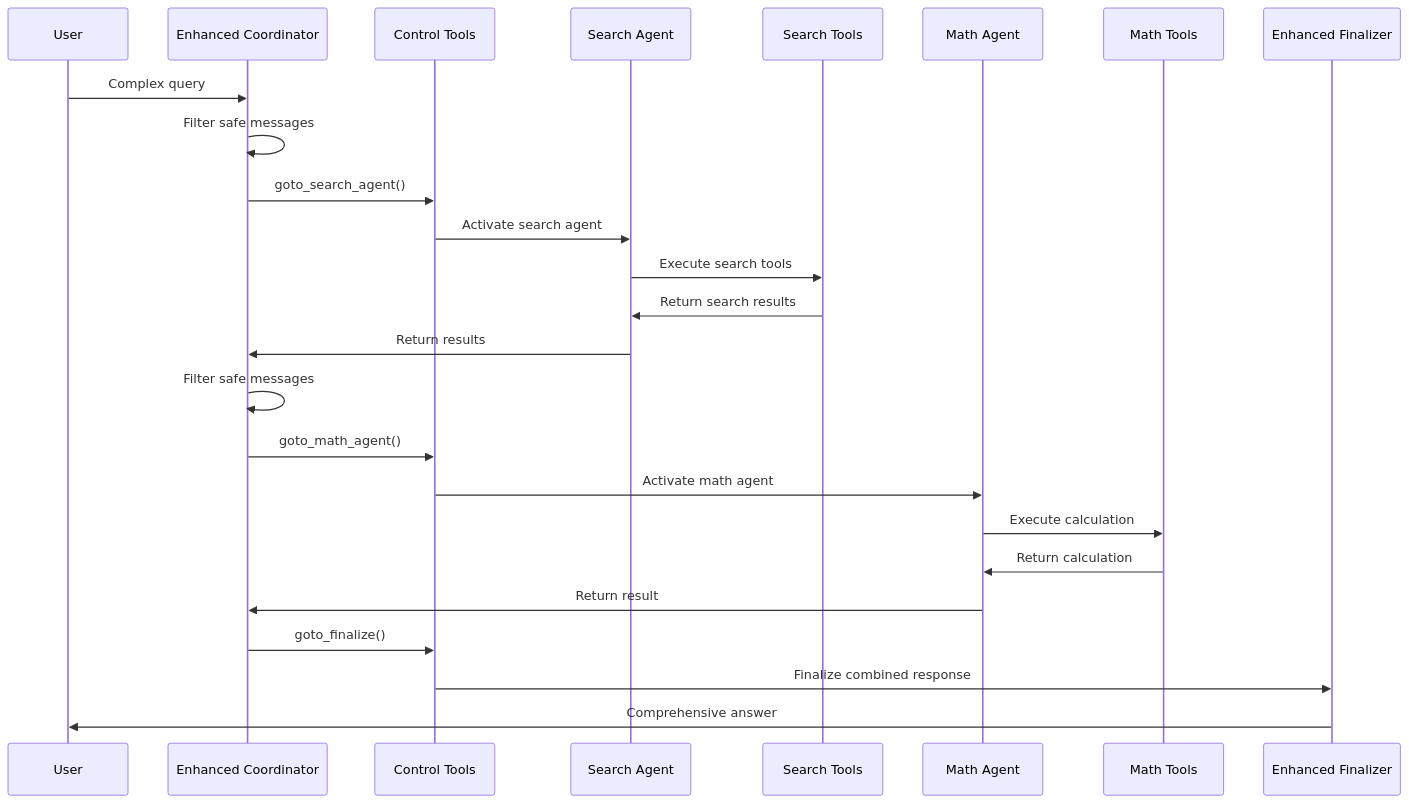
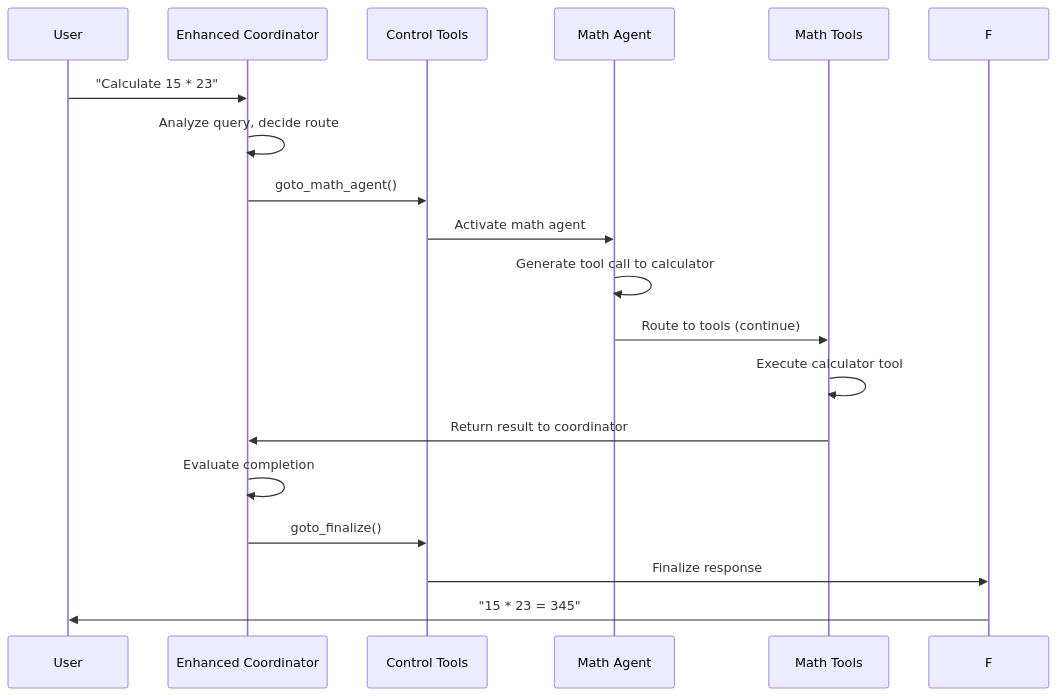
The ninth of 9 diagrams in docs/concepts/langgraph-architecture.md (jonaskahn/cadence), drawn with Mermaid before and after one commit. The commit also changed other lines of this file and 41 other files, not shown here.

````diff
--- a/docs/concepts/langgraph-architecture.md
+++ b/docs/concepts/langgraph-architecture.md
@@ -895,28 +491,21 @@
 ```mermaid
 sequenceDiagram
     participant U as User
     participant C as Enhanced Coordinator
     participant CT as Control Tools
-    participant SA as Search Agent
-    participant ST as Search Tools
     participant MA as Math Agent
     participant MT as Math Tools
-    participant F as Enhanced Finalizer
     
-    U->>C: Complex query
-    C->>C: Filter safe messages
-    C->>CT: goto_search_agent()
-    CT->>SA: Activate search agent
-    SA->>ST: Execute search tools
-    ST->>SA: Return search results
-    SA->>C: Return results
-    C->>C: Filter safe messages
+    U->>C: "Calculate 15 * 23"
+    C->>C: Analyze query, decide route
     C->>CT: goto_math_agent()
     CT->>MA: Activate math agent
-    MA->>MT: Execute calculation
-    MT->>MA: Return calculation
-    MA->>C: Return result
+    MA->>MA: Generate tool call to calculator
+    MA->>MT: Route to tools (continue)
+    MT->>MT: Execute calculator tool
+    MT->>C: Return result to coordinator
+    C->>C: Evaluate completion
     C->>CT: goto_finalize()
-    CT->>F: Finalize combined response
-    F->>U: Comprehensive answer
+    CT->>F: Finalize response
+    F->>U: "15 * 23 = 345"
 ```
````
